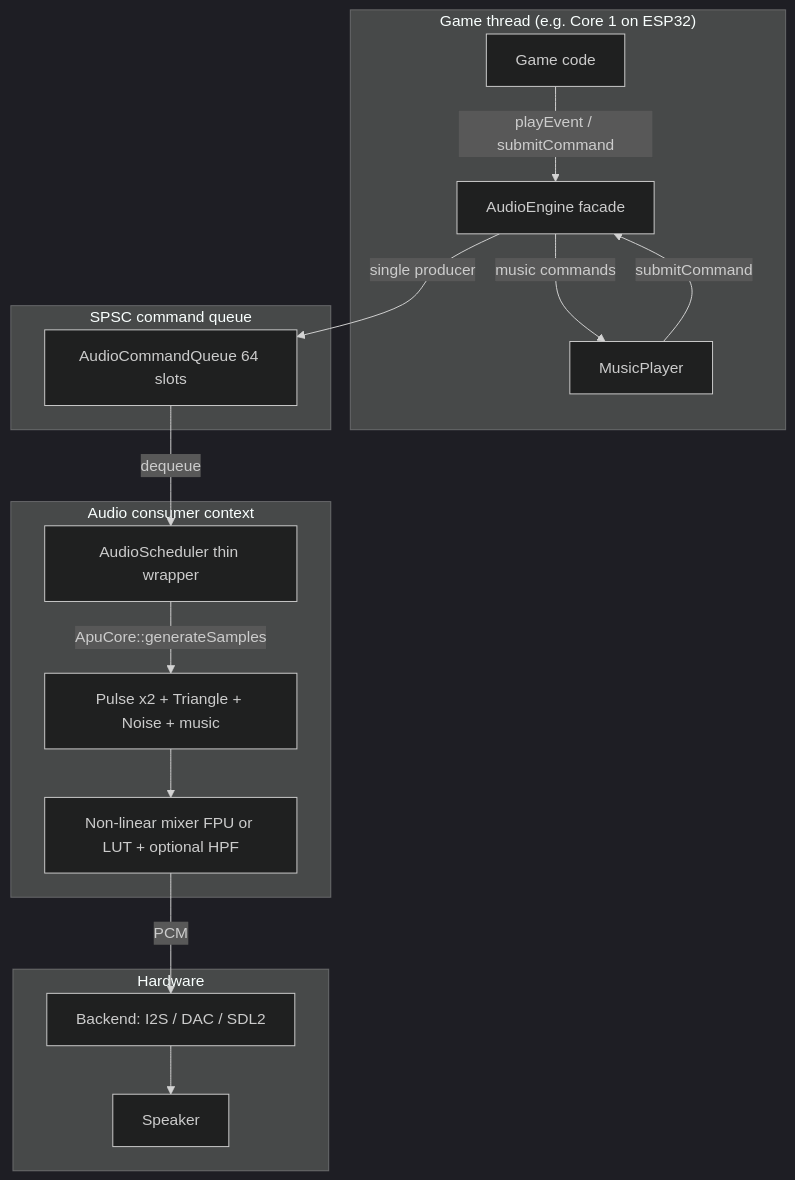
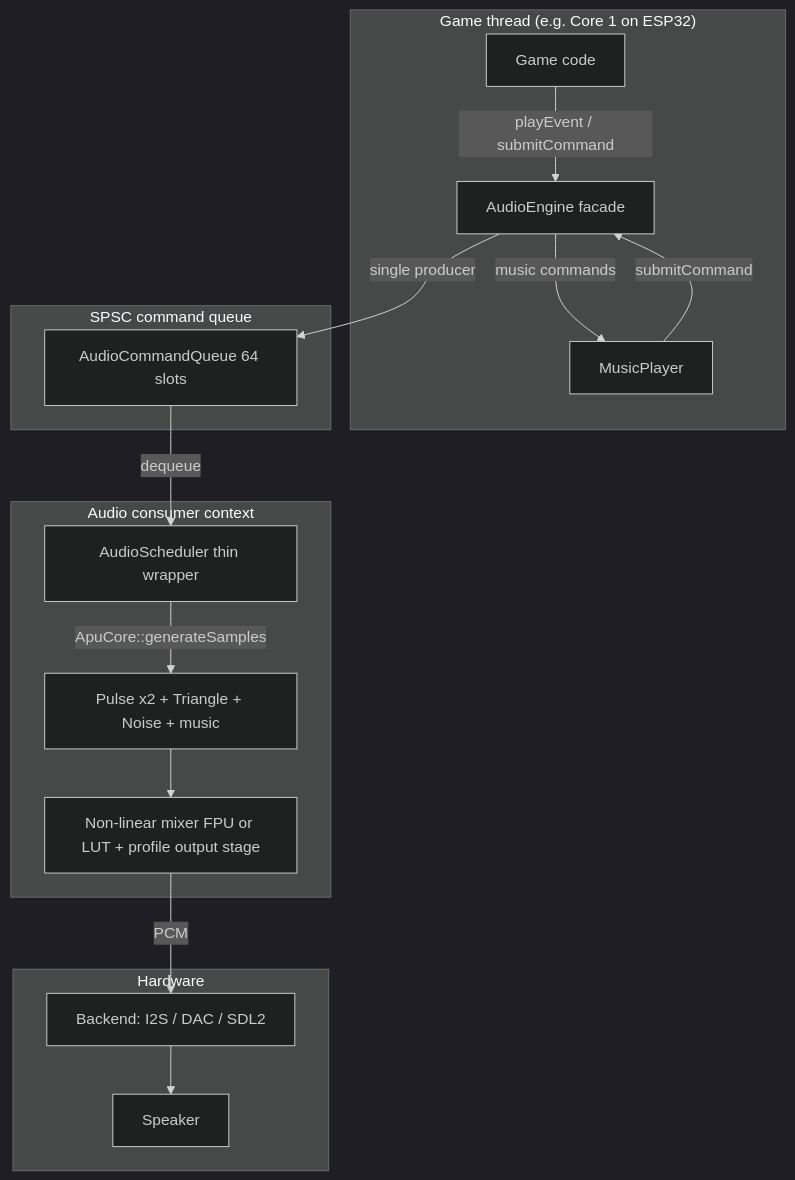
One commit to PixelRoot32-Game-Engine/PixelRoot32-Game-Engine changed the diagram in docs/architecture/audio-subsystem.md. Above: the diagram before and after it, drawn with Mermaid (dark theme). The commit also changed other lines of this file and 22 other files, not shown here.

````diff
--- a/docs/architecture/audio-subsystem.md
+++ b/docs/architecture/audio-subsystem.md
@@ -37,23 +37,23 @@
 ```mermaid
 flowchart TB
     subgraph Game["Game thread (e.g. Core 1 on ESP32)"]
         A[Game code] -->|playEvent / submitCommand| B[AudioEngine facade]
         B -->|music commands| C[MusicPlayer]
         C -->|submitCommand| B
     end
 
     subgraph Queue["SPSC command queue"]
         B -->|single producer| D[AudioCommandQueue 64 slots]
     end
 
     subgraph Audio["Audio consumer context"]
         D -->|dequeue| E[AudioScheduler thin wrapper]
         E -->|ApuCore::generateSamples| F[Pulse x2 + Triangle + Noise + music]
-        F --> G[Non-linear mixer FPU or LUT + optional HPF]
+        F --> G[Non-linear mixer FPU or LUT + profile output stage]
     end
 
     subgraph Output["Hardware"]
         G -->|PCM| H[Backend: I2S / DAC / SDL2]
         H --> I[Speaker]
     end
 ```
````
